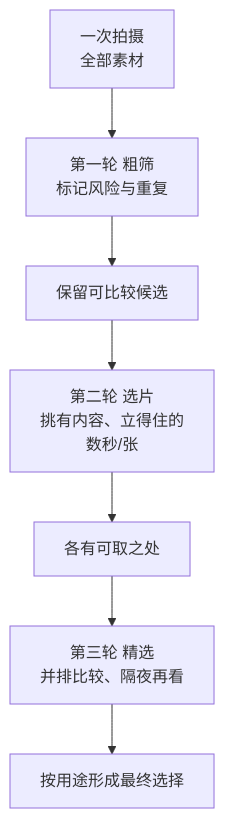
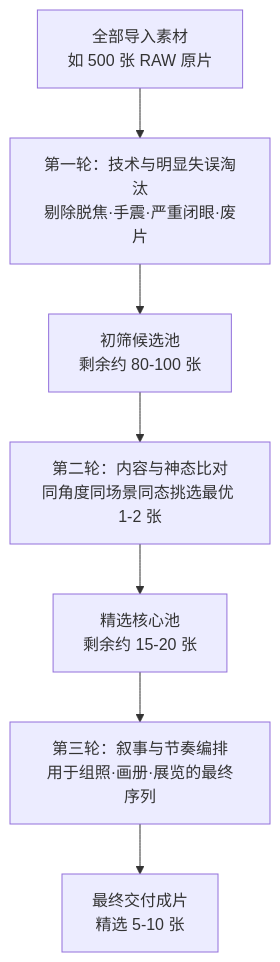
One commit to yingwang/photography-book changed the diagram in docs/14-edit-and-sustain.md. Above: the diagram before and after it, drawn with Mermaid. The commit also changed other lines of this file and 16 other files, not shown here.

````diff
--- a/docs/14-edit-and-sustain.md
+++ b/docs/14-edit-and-sustain.md
@@ -73,9 +93,9 @@
 ```mermaid
 graph TD
-    A["一次拍摄<br/>全部素材"] --> B["第一轮 粗筛<br/>标记风险与重复"]
-    B --> C["保留可比较候选"]
-    C --> D["第二轮 选片<br/>挑有内容、立得住的<br/>数秒/张"]
-    D --> E["各有可取之处"]
-    E --> F["第三轮 精选<br/>并排比较、隔夜再看"]
-    F --> G["按用途形成最终选择"]
+    A["全部导入素材<br/>如 500 张 RAW 原片"] --> B["第一轮：技术与明显失误淘汰<br/>剔除脱焦·手震·严重闭眼·废片"]
+    B --> C["初筛候选池<br/>剩余约 80-100 张"]
+    C --> D["第二轮：内容与神态比对<br/>同角度同场景同态挑选最优 1-2 张"]
+    D --> E["精选核心池<br/>剩余约 15-20 张"]
+    E --> F["第三轮：叙事与节奏编排<br/>用于组照·画册·展览的最终序列"]
+    F --> G["最终交付成片<br/>精选 5-10 张"]
 ```
````
